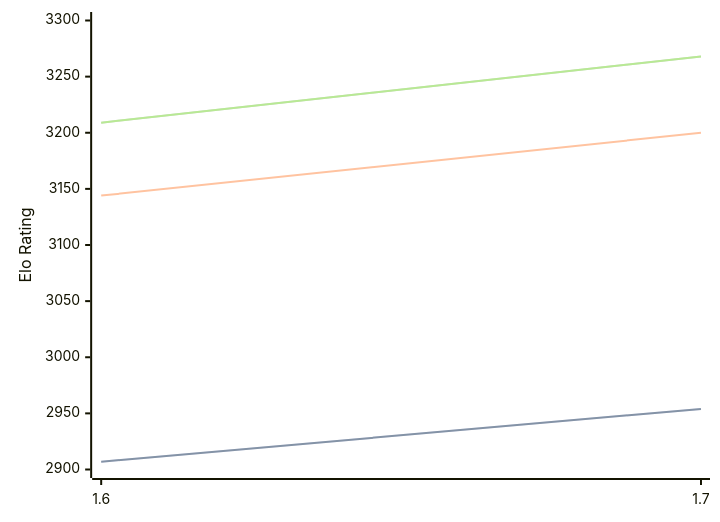
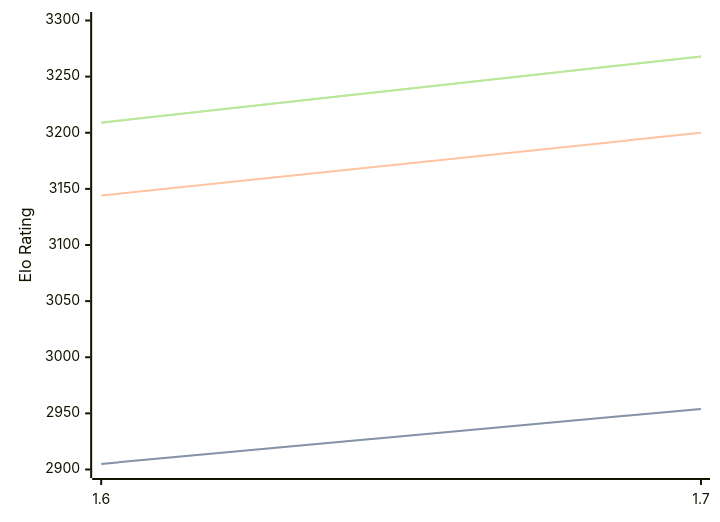
The diagram in engines/Bitbit.md (computer-chess-index/cci), drawn with Mermaid before and after one commit. The commit also changed other lines of this file, not shown here.

````diff
--- a/engines/Bitbit.md
+++ b/engines/Bitbit.md
@@ -32,11 +32,11 @@
 ```mermaid
 %%{init: {"theme":"base","themeVariables":{"seriesColors:['#a3a3a3','#222221','#faa371']}}}%%
 xychart-beta
   x-axis ["1.6", "1.7"]
   y-axis "Elo Rating" 2900 --> 3300
-  line "" [2907, 2954]
-  line "STC (8.0+0.08s)" [2907, 2954]
+  line "" [2905, 2954]
+  line "STC (8.0+0.08s)" [2905, 2954]
   line "LTC (60.0+0.60s)" [3144, 3200]
   line "" [3209, 3268]
   line "VLTC (2m24s+1.12s)" [3209, 3268]
 ```
````
